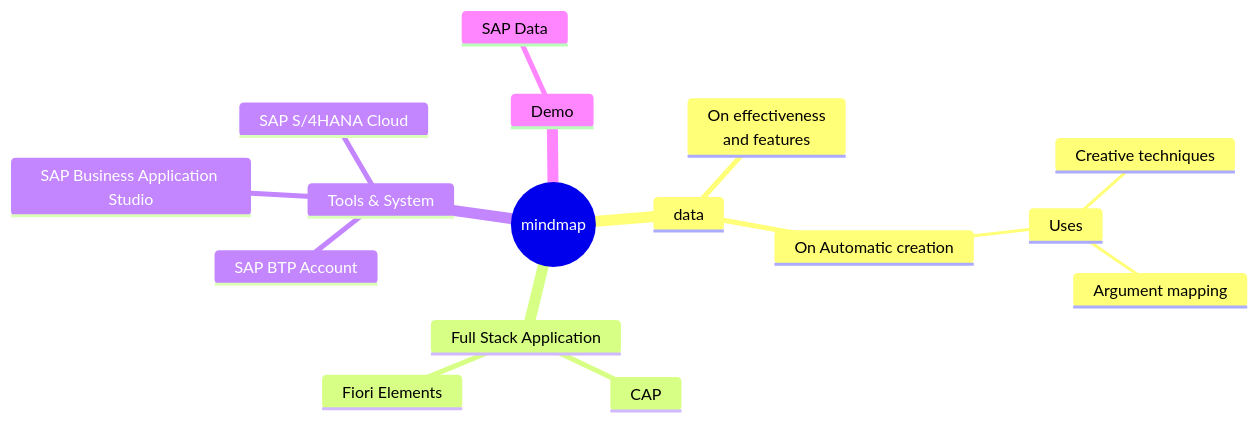
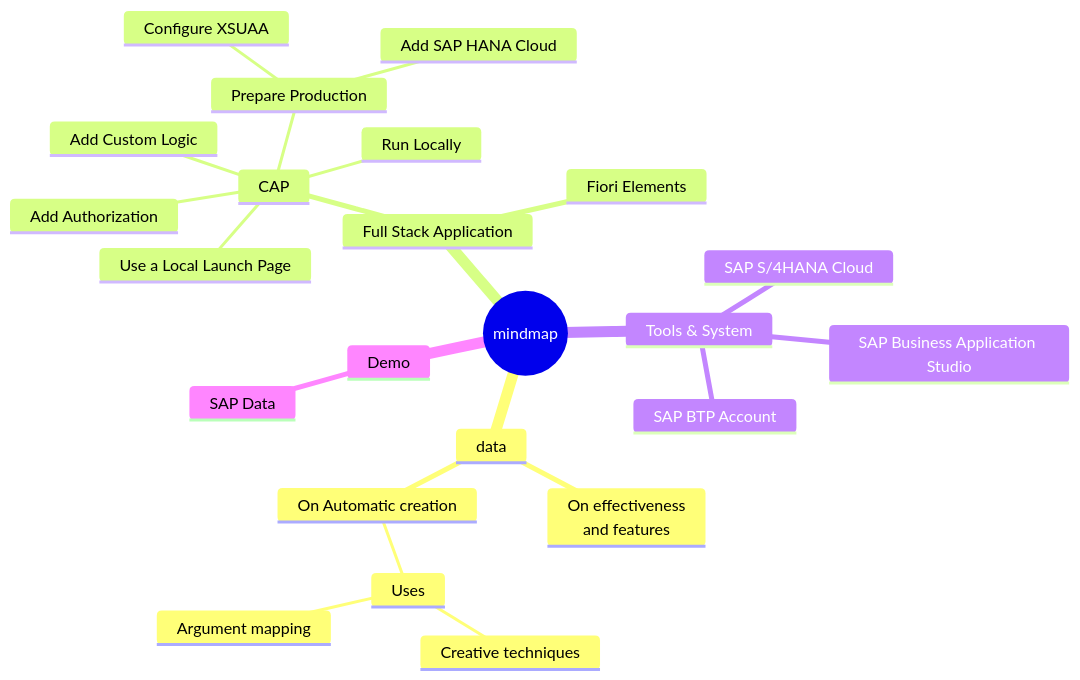
One commit to ejazsyed/validation-issue changed the first of 4 diagrams in README.md. Above: the diagram before and after it, drawn with Mermaid.

````diff
--- a/README.md
+++ b/README.md
@@ -7,20 +7,28 @@
 ```mermaid
    mindmap
   root((mindmap))
     data
       On effectiveness<br/>and features
       On Automatic creation
         Uses
             Creative techniques
             Argument mapping
     Full Stack Application
       CAP
+        Add Custom Logic
+        Use a Local Launch Page
+        Add Authorization
+        Run Locally
+        Prepare Production
+          Add SAP HANA Cloud
+          Configure XSUAA
+          
       Fiori Elements
     Tools & System
       SAP BTP Account
       SAP Business Application Studio
       SAP S/4HANA Cloud
     Demo
       SAP Data
 
 ```
````
